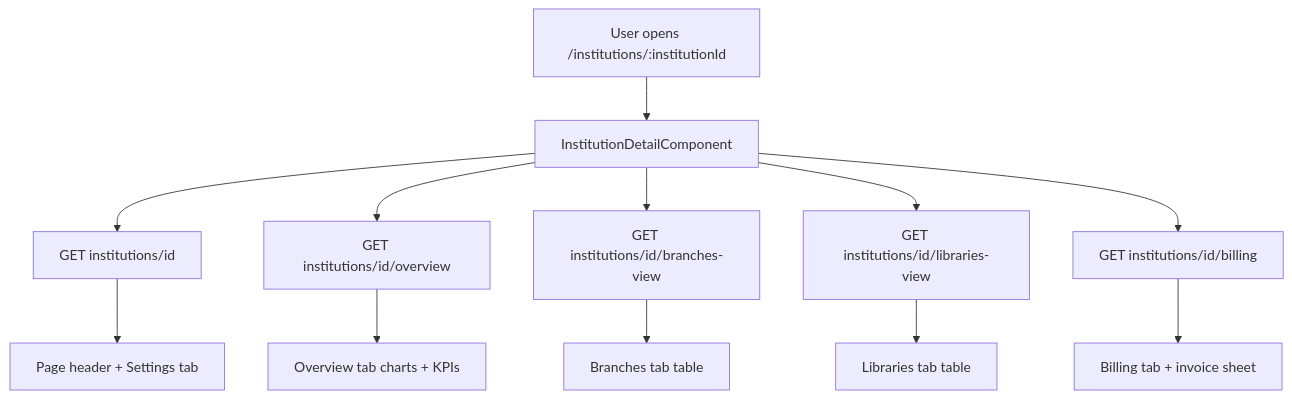
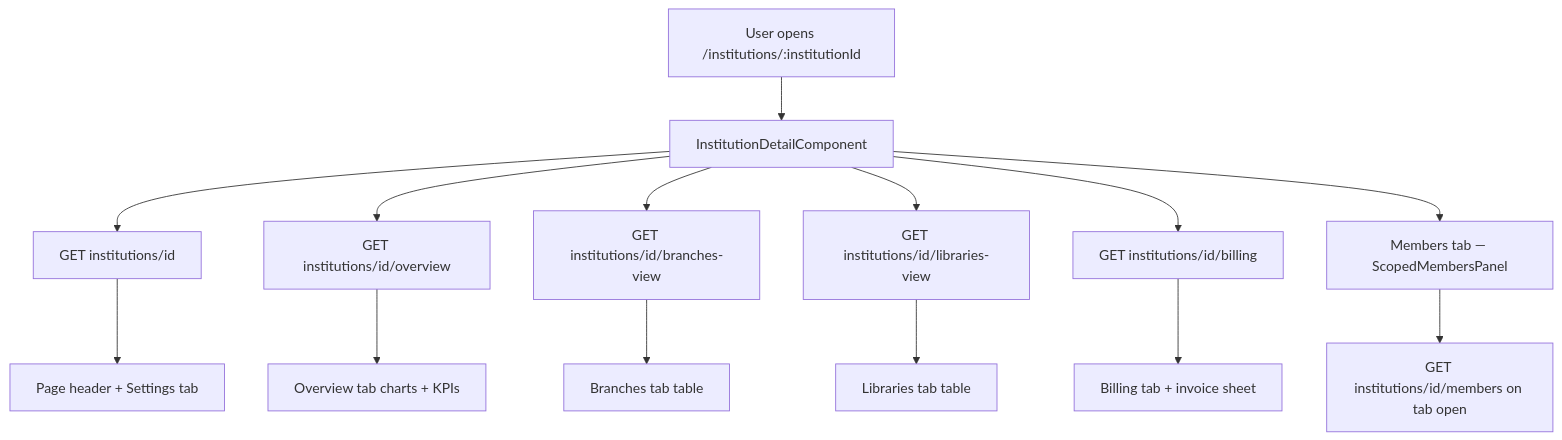
Before and after one commit to ermanjeetsingh777/Lexora: the first of 4 diagrams in docs/workflow/institution-detail-workflow.md, drawn with Mermaid. The commit also changed other lines of this file and 28 other files, not shown here.

````diff
--- a/docs/workflow/institution-detail-workflow.md
+++ b/docs/workflow/institution-detail-workflow.md
@@ -14,14 +14,16 @@
 ```mermaid
 flowchart TB
   A[User opens /institutions/:institutionId] --> B[InstitutionDetailComponent]
   B --> C[GET institutions/id]
   B --> D[GET institutions/id/overview]
   B --> E[GET institutions/id/branches-view]
   B --> F[GET institutions/id/libraries-view]
   B --> G[GET institutions/id/billing]
+  B --> M[Members tab — ScopedMembersPanel]
   C --> H[Page header + Settings tab]
   D --> I[Overview tab charts + KPIs]
   E --> J[Branches tab table]
   F --> K[Libraries tab table]
   G --> L[Billing tab + invoice sheet]
+  M --> N[GET institutions/id/members on tab open]
 ```
````
